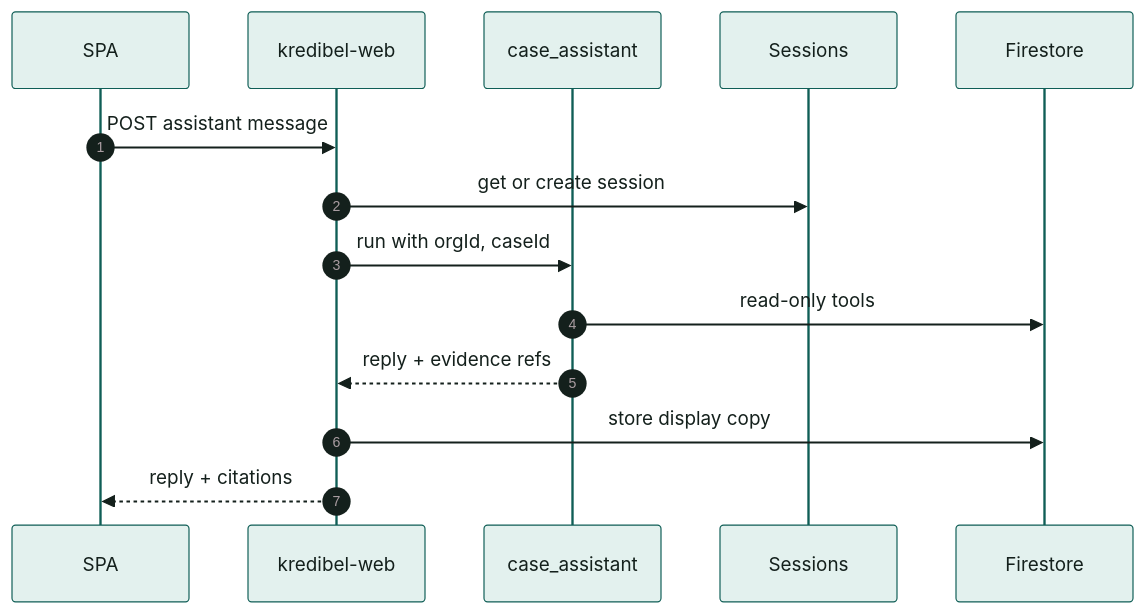
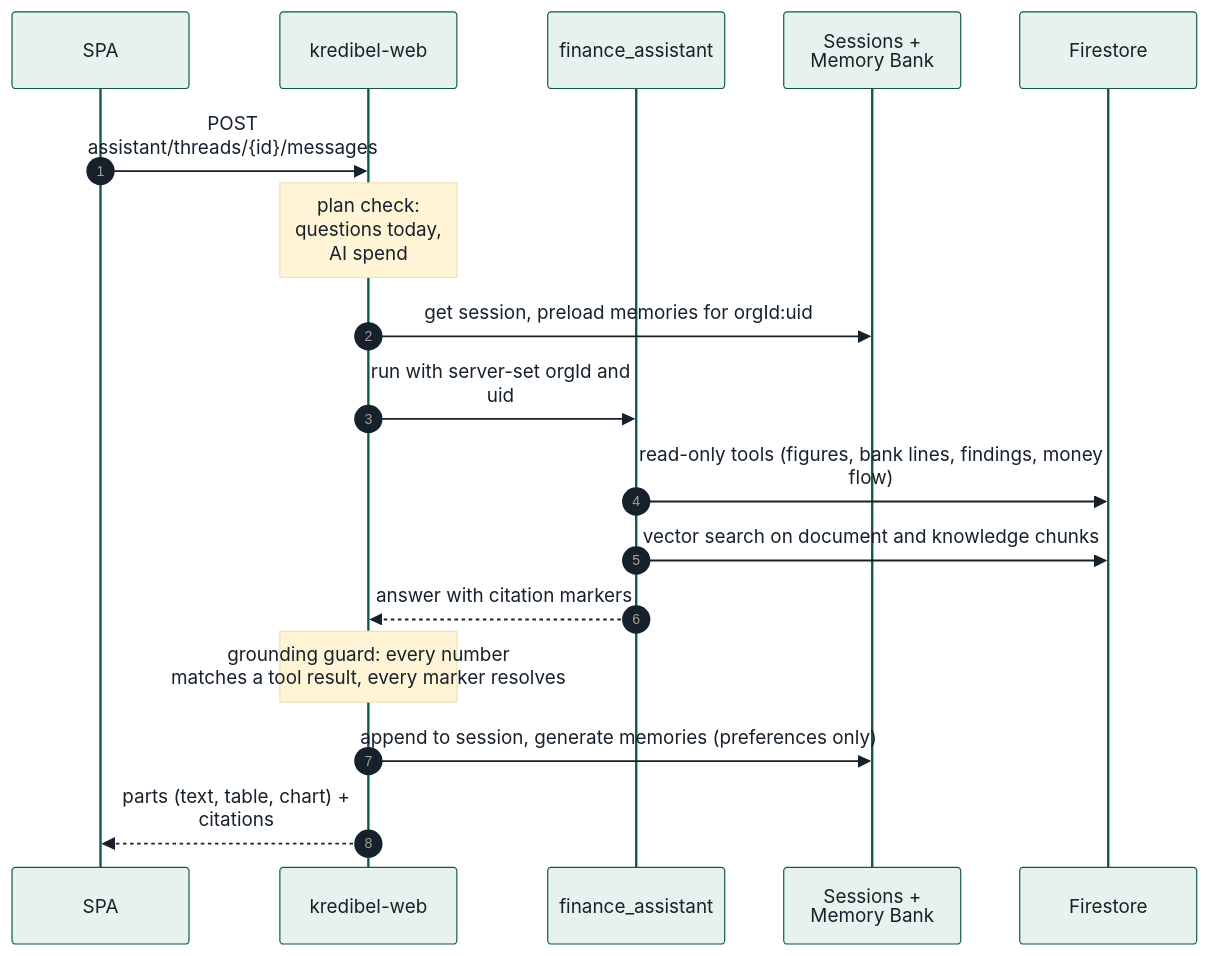
Before and after one commit to fadlytanjung/kredibel: the eighth of 9 diagrams in docs/05-architecture.md, drawn with Mermaid. The commit also changed other lines of this file and 245 other files, not shown here.

````diff
--- a/docs/05-architecture.md
+++ b/docs/05-architecture.md
@@ -274,18 +300,21 @@
 ```mermaid
-%%{init: {"theme": "base", "themeVariables": {"fontFamily": "Arial, Helvetica, sans-serif", "fontSize": "14px", "primaryColor": "#E3F1EE", "primaryBorderColor": "#0F5E56", "primaryTextColor": "#14201C", "lineColor": "#55625D", "secondaryColor": "#F0F2EF", "tertiaryColor": "#FFFFFF", "clusterBkg": "#F7F8F6", "clusterBorder": "#B8BFB9", "noteBkgColor": "#FEF0C7", "noteTextColor": "#14201C"}, "htmlLabels": false, "flowchart": {"htmlLabels": false, "padding": 16, "nodeSpacing": 40, "rankSpacing": 50, "wrappingWidth": 220}, "sequence": {"wrap": true, "useMaxWidth": true, "noteFontFamily": "Arial, Helvetica, sans-serif", "messageFontFamily": "Arial, Helvetica, sans-serif", "actorFontFamily": "Arial, Helvetica, sans-serif"}}}%%
+%%{init: {"theme": "base", "themeVariables": {"fontFamily": "Arial, Helvetica, sans-serif", "fontSize": "14px", "primaryColor": "#E7F2EE", "primaryBorderColor": "#0E5A47", "primaryTextColor": "#16212B", "lineColor": "#56636F", "secondaryColor": "#E8ECEE", "tertiaryColor": "#FFFFFF", "clusterBkg": "#F2F4F5", "clusterBorder": "#B9C2CA", "noteBkgColor": "#FFF5D6", "noteTextColor": "#16212B"}, "htmlLabels": false, "flowchart": {"htmlLabels": false, "padding": 16, "nodeSpacing": 40, "rankSpacing": 50, "wrappingWidth": 220}, "sequence": {"wrap": true, "useMaxWidth": true, "noteFontFamily": "Arial, Helvetica, sans-serif", "messageFontFamily": "Arial, Helvetica, sans-serif", "actorFontFamily": "Arial, Helvetica, sans-serif"}}}%%
 sequenceDiagram
     autonumber
     participant UI as SPA
     participant API as kredibel-web
-    participant AG as case_assistant
-    participant S as Sessions
+    participant AG as finance_assistant
+    participant MB as Sessions + Memory Bank
     participant FS as Firestore
 
-    UI->>API: POST assistant message
-    API->>S: get or create session
-    API->>AG: run with orgId, caseId
-    AG->>FS: read-only tools
-    AG-->>API: reply + evidence refs
-    API->>FS: store display copy
-    API-->>UI: reply + citations
+    UI->>API: POST assistant/threads/{id}/messages
+    Note over API: plan check: questions today, AI spend
+    API->>MB: get session, preload memories for orgId:uid
+    API->>AG: run with server-set orgId and uid
+    AG->>FS: read-only tools (figures, bank lines, findings, money flow)
+    AG->>FS: vector search on document and knowledge chunks
+    AG-->>API: answer with citation markers
+    Note over API: grounding guard: every number<br/>matches a tool result, every marker resolves
+    API->>MB: append to session, generate memories (preferences only)
+    API-->>UI: parts (text, table, chart) + citations
 ```
````
